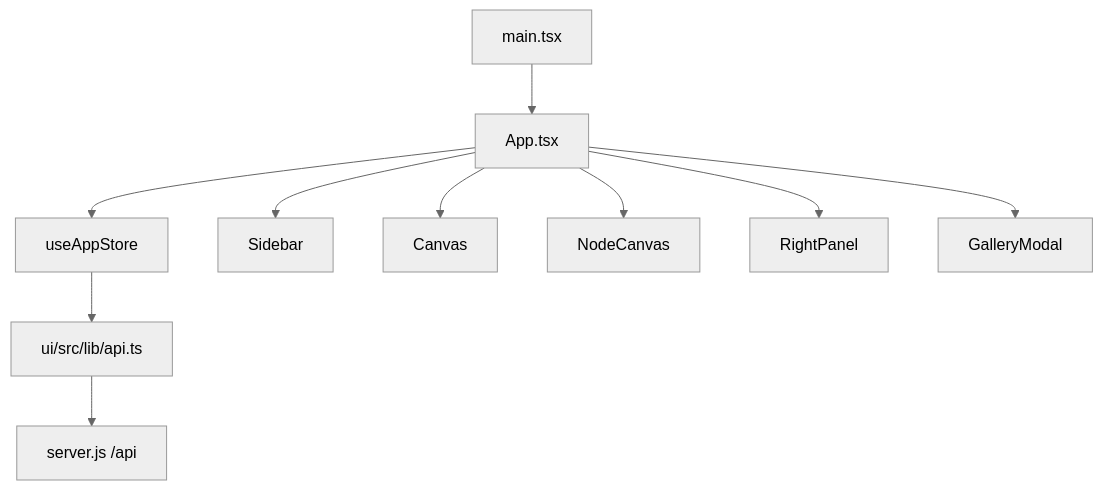
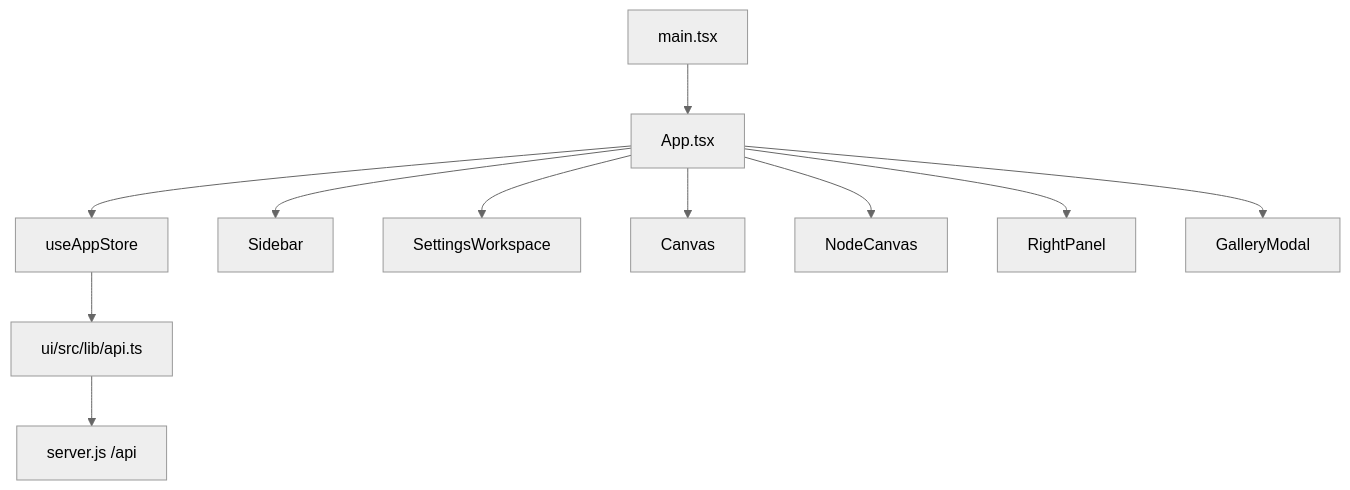
The diagram in structure/04-frontend-architecture.md (ChatPoongKun/ima2-gen), drawn with Mermaid (neutral theme) before and after one commit. The commit also changed other lines of this file and 13 other files, not shown here.

Commit message:
[agent] feat: add settings workspace theme controls

````diff
--- a/structure/04-frontend-architecture.md
+++ b/structure/04-frontend-architecture.md
@@ -19,12 +19,13 @@
 ```mermaid
 graph TD
     MAIN["main.tsx"] --> APP["App.tsx"]
     APP --> STORE["useAppStore"]
     APP --> SIDEBAR["Sidebar"]
+    APP --> SETTINGS["SettingsWorkspace"]
     APP --> CLASSIC["Canvas"]
     APP --> NODE["NodeCanvas"]
     APP --> RIGHT["RightPanel"]
     APP --> MODAL["GalleryModal"]
     STORE --> API["ui/src/lib/api.ts"]
     API --> SERVER["server.js /api"]
 ```
````
